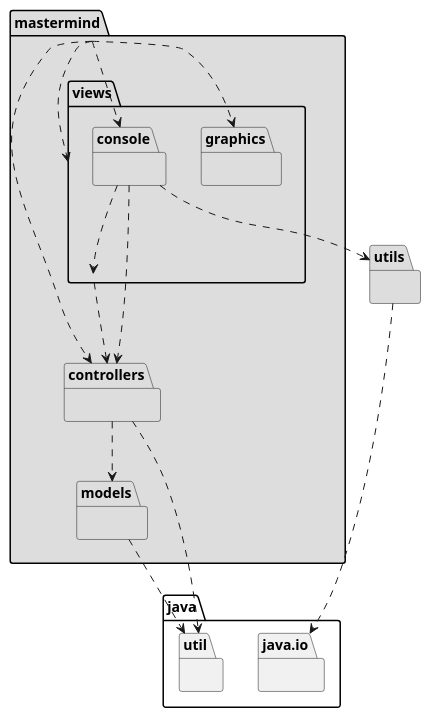
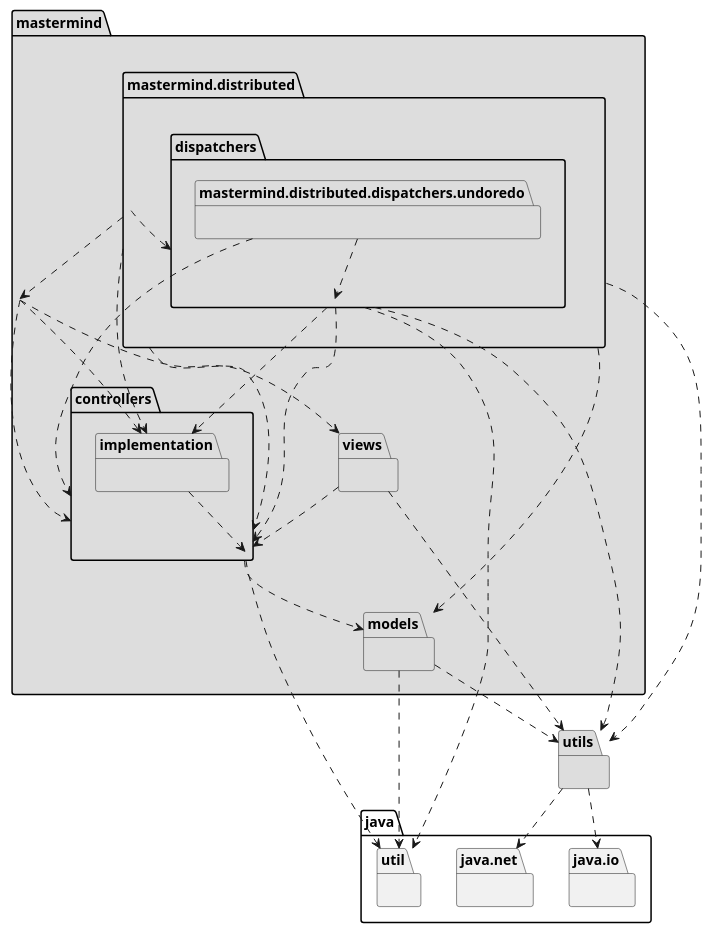
The diagram in docs/sources/arquitectura.iuml (jprieto92/mastermindClientServer), drawn with PlantUML before and after one commit. The commit also changed 13 other files, not shown here.

Commit message:
Add all diagrams without assoc relationships betweeen classes

```diff
--- a/docs/sources/arquitectura.iuml
+++ b/docs/sources/arquitectura.iuml
@@ -1,30 +1,46 @@
 @startuml
-
-package mastermind #DDDDDD { } 
-mastermind .down.> mastermind.views.graphics
-mastermind .down.> mastermind.views.console
+    package mastermind #DDDDDD { } 
+mastermind .down.> mastermind.views
 mastermind .down.> mastermind.controllers
-mastermind .down.> mastermind.views
+mastermind .down.> mastermind.controllers.implementation
 
 package mastermind.controllers #DDDDDD { } 
 mastermind.controllers .down.> mastermind.models
 mastermind.controllers .down.> java.util
 
+package mastermind.controllers.implementation #DDDDDD { } 
+mastermind.controllers.implementation .down.> mastermind.controllers
+
+package mastermind.distributed #DDDDDD { } 
+mastermind.distributed .down.> mastermind.distributed.dispatchers
+mastermind.distributed .down.> mastermind.controllers.implementation
+mastermind.distributed .down.> mastermind
+mastermind.distributed .down.> mastermind.models
+mastermind.distributed .down.> mastermind.controllers
+mastermind.distributed .down.> utils
+
+package mastermind.distributed.dispatchers #DDDDDD { } 
+mastermind.distributed.dispatchers .down.> mastermind.controllers
+mastermind.distributed.dispatchers .down.> mastermind.controllers.implementation
+mastermind.distributed.dispatchers .down.> utils
+mastermind.distributed.dispatchers .down.> java.util
+
+package mastermind.distributed.dispatchers.undoredo #DDDDDD { } 
+mastermind.distributed.dispatchers.undoredo .down.> mastermind.distributed.dispatchers
+mastermind.distributed.dispatchers.undoredo .down.> mastermind.controllers
+
 package mastermind.models #DDDDDD { }
 package java.util{ }
 mastermind.models .down.> java.util
+mastermind.models .down.> utils
 
 package utils #DDDDDD { } 
 package java.io{ }
 utils .down.> java.io
+package java.net{ }
+utils .down.> java.net
 
 package mastermind.views #DDDDDD { } 
 mastermind.views .down.> mastermind.controllers
-
-package mastermind.views.console #DDDDDD { } 
-mastermind.views.console .down.> mastermind.views
-mastermind.views.console .down.> mastermind.controllers 
-mastermind.views.console .down.> utils
-
-package mastermind.views.graphics #DDDDDD { } 
+mastermind.views .down.> utils
 @enduml
```
